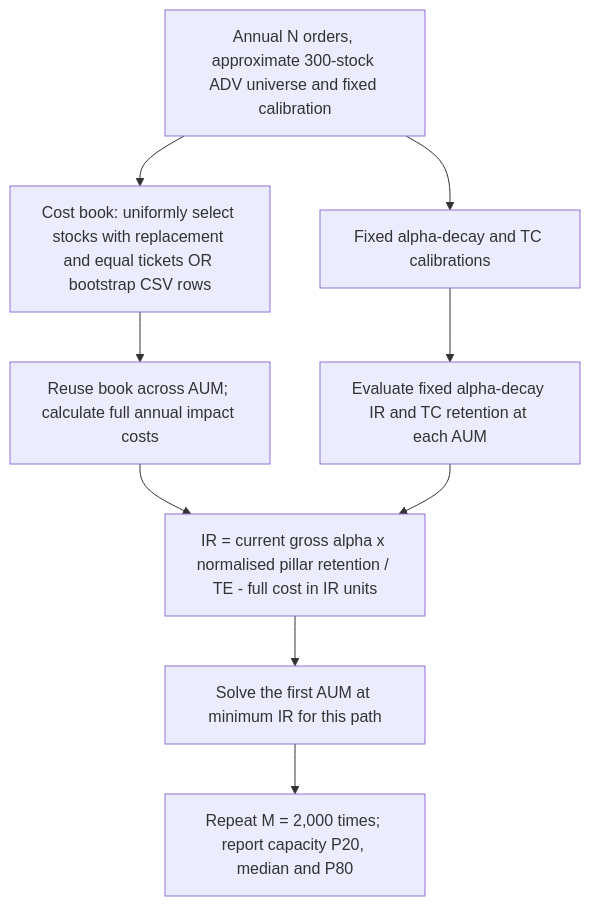
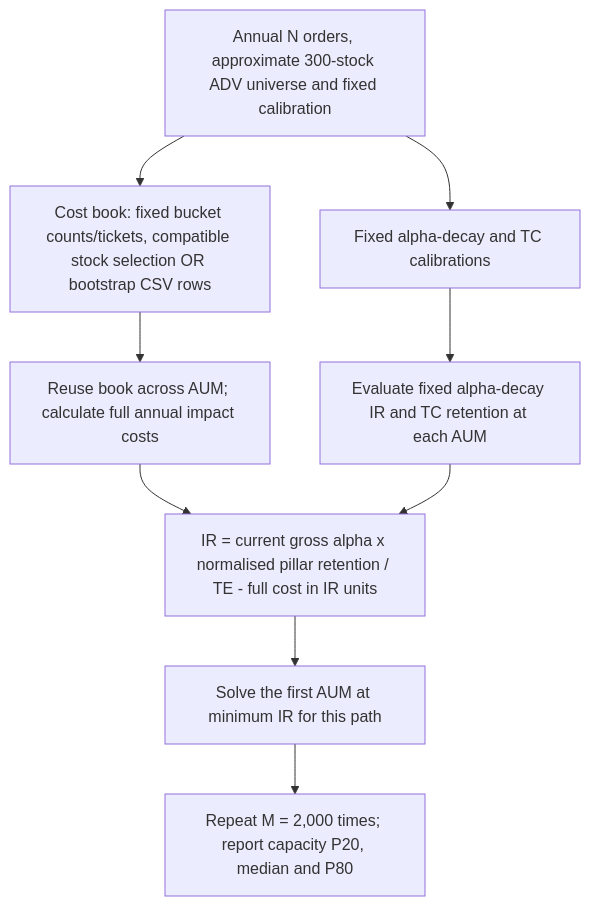
One commit to roddup75/venera changed the diagram in capacity/streamlit/METHODOLOGY.md. Above: the diagram before and after it, drawn with Mermaid. The commit also changed other lines of this file and 14 other files, not shown here.

Commit message:
Calibrate ADV sampling to historical bucket counts and notionals

````diff
--- a/capacity/streamlit/METHODOLOGY.md
+++ b/capacity/streamlit/METHODOLOGY.md
@@ -127,11 +125,11 @@
 ```mermaid
 flowchart TD
-    S["Annual N orders, approximate 300-stock ADV universe and fixed calibration"] --> B["Cost book: uniformly select stocks with replacement and equal tickets OR bootstrap CSV rows"]
+    S["Annual N orders, approximate 300-stock ADV universe and fixed calibration"] --> B["Cost book: fixed bucket counts/tickets, compatible stock selection OR bootstrap CSV rows"]
     S --> K["Fixed alpha-decay and TC calibrations"]
     B --> C["Reuse book across AUM; calculate full annual impact costs"]
     K --> I["Evaluate fixed alpha-decay IR and TC retention at each AUM"]
     C --> R["IR = current gross alpha x normalised pillar retention / TE - full cost in IR units"]
     I --> R
     R --> C1["Solve the first AUM at minimum IR for this path"]
     C1 --> M["Repeat M = 2,000 times; report capacity P20, median and P80"]
 ```
````
